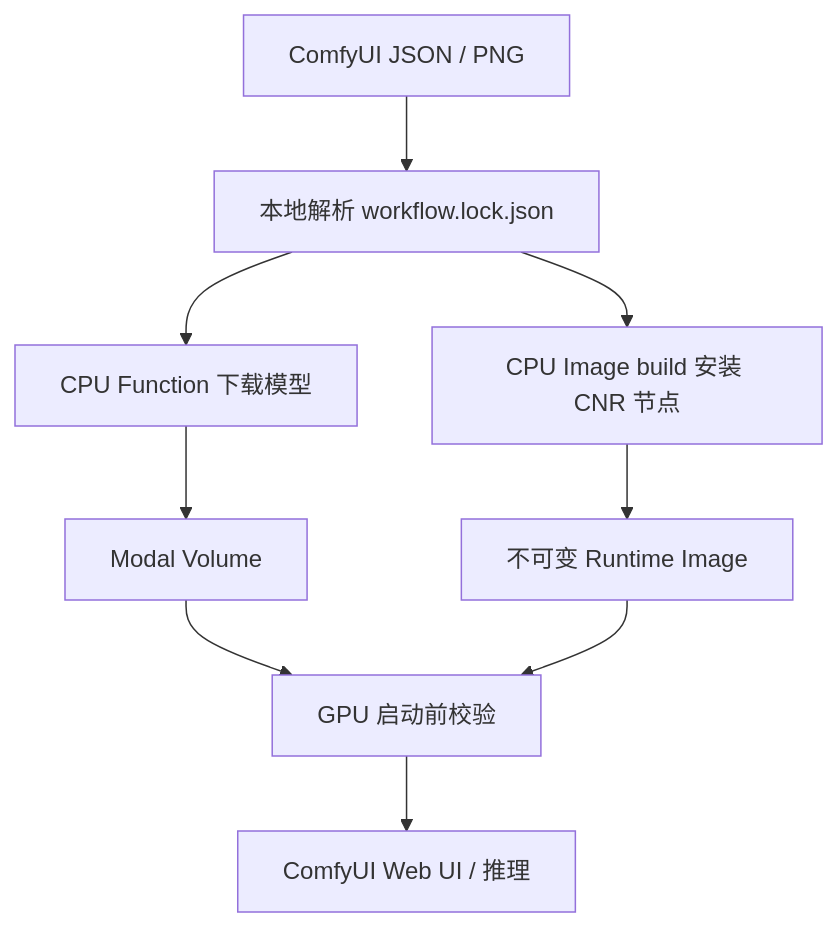
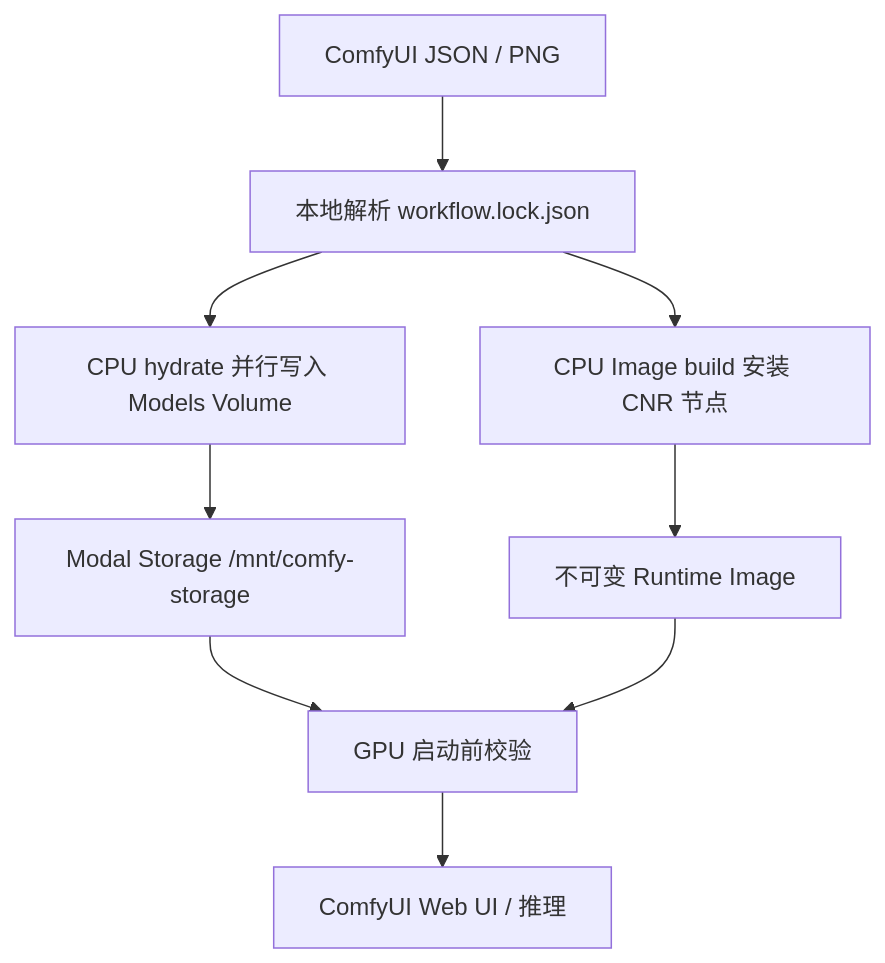
The diagram in README.md (xiaoqianran/modal-ashleykza-comfyui), drawn with Mermaid before and after one commit. The commit also changed other lines of this file and 14 other files, not shown here.

First line of the commit message:
feat(storage): hydrate models into Modal Volume with ComfyUI paths

````diff
--- a/README.md
+++ b/README.md
@@ -9,11 +9,11 @@
 ```mermaid
 flowchart TD
     A["ComfyUI JSON / PNG"] --> B["本地解析 workflow.lock.json"]
-    B --> C["CPU Function 下载模型"]
+    B --> C["CPU hydrate 并行写入 Models Volume"]
     B --> D["CPU Image build 安装 CNR 节点"]
-    C --> E["Modal Volume"]
+    C --> E["Modal Storage /mnt/comfy-storage"]
     D --> F["不可变 Runtime Image"]
     E --> G["GPU 启动前校验"]
     F --> G
     G --> H["ComfyUI Web UI / 推理"]
 ```
````
